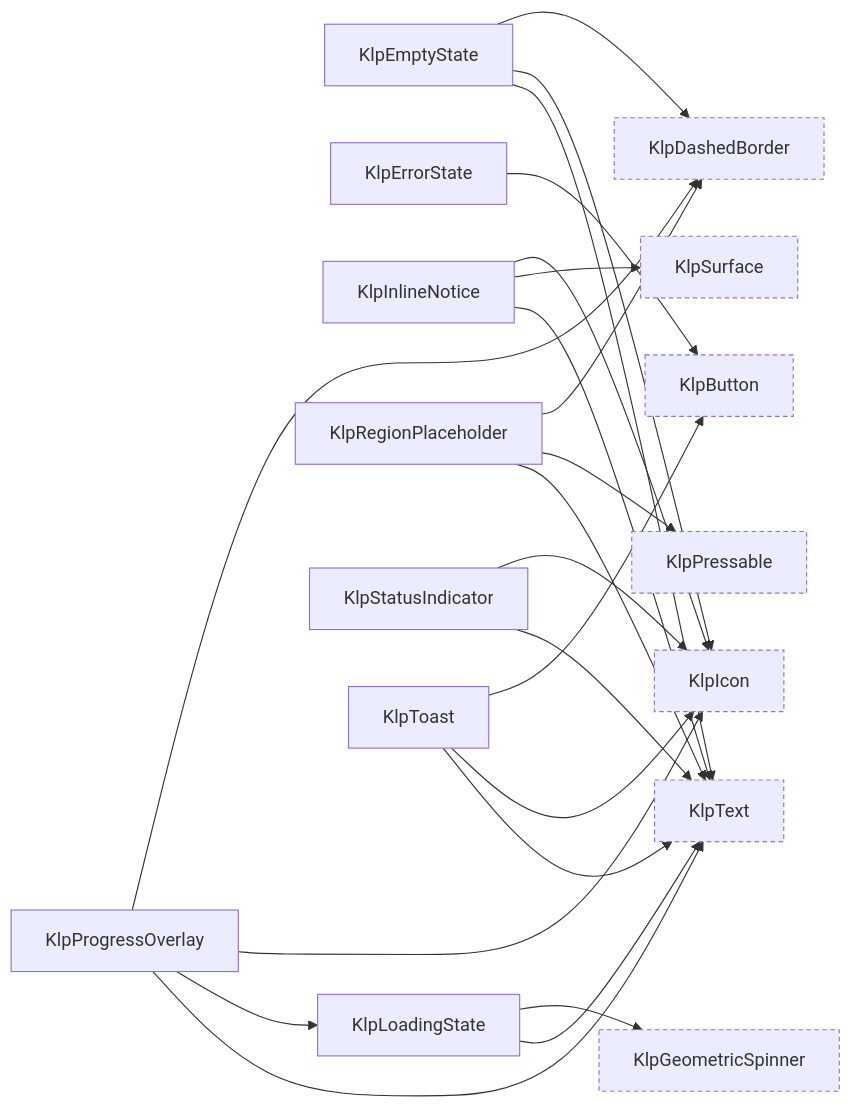
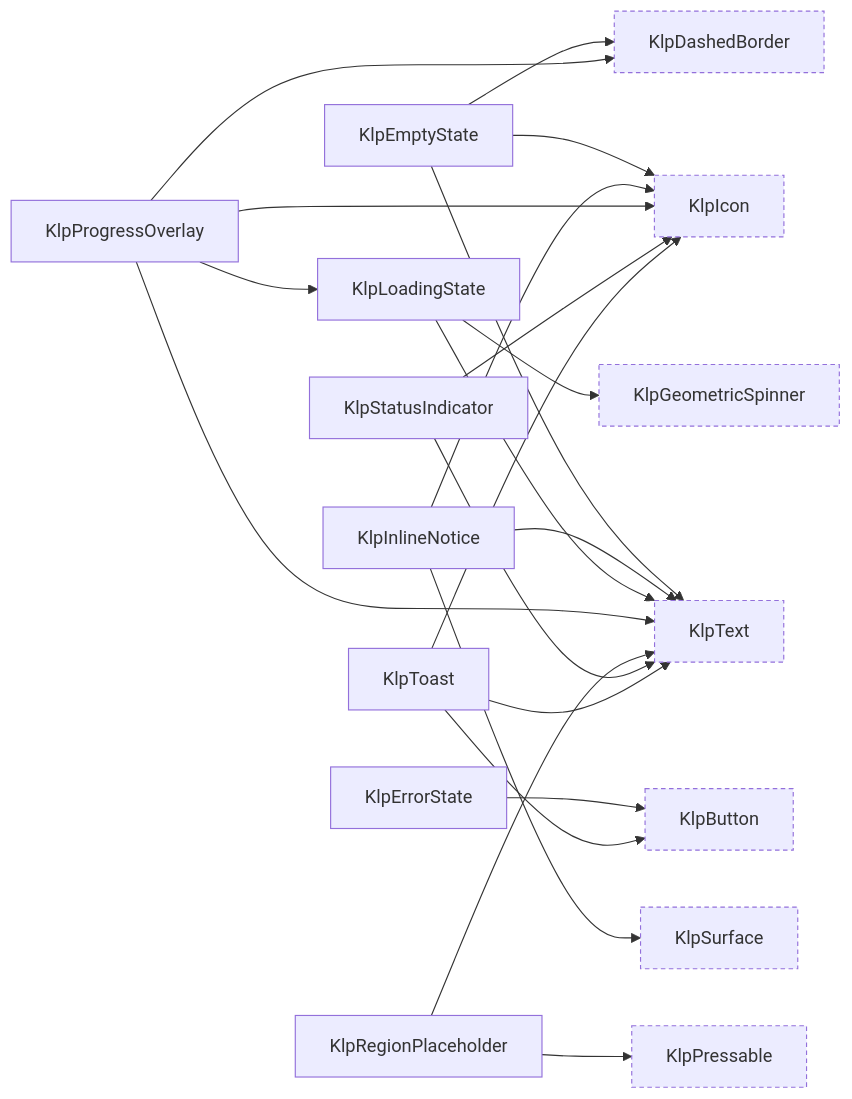
Diagram 11 of 16 in spec/component-inventory.md (MiuDog/Kallopis), drawn with Mermaid before and after one commit. The commit also changed other lines of this file and 112 other files, not shown here.

````diff
--- a/spec/component-inventory.md
+++ b/spec/component-inventory.md
@@ -784,40 +776,39 @@
 ```mermaid
 graph LR
   KlpButton["KlpButton"]:::external
   KlpDashedBorder["KlpDashedBorder"]:::external
   KlpEmptyState["KlpEmptyState"]
   KlpErrorState["KlpErrorState"]
   KlpGeometricSpinner["KlpGeometricSpinner"]:::external
   KlpIcon["KlpIcon"]:::external
   KlpInlineNotice["KlpInlineNotice"]
   KlpLoadingState["KlpLoadingState"]
   KlpPressable["KlpPressable"]:::external
   KlpProgressOverlay["KlpProgressOverlay"]
   KlpRegionPlaceholder["KlpRegionPlaceholder"]
   KlpStatusIndicator["KlpStatusIndicator"]
   KlpSurface["KlpSurface"]:::external
   KlpText["KlpText"]:::external
   KlpToast["KlpToast"]
   KlpEmptyState --> KlpDashedBorder
   KlpEmptyState --> KlpIcon
   KlpEmptyState --> KlpText
   KlpErrorState --> KlpButton
   KlpInlineNotice --> KlpIcon
   KlpInlineNotice --> KlpSurface
   KlpInlineNotice --> KlpText
   KlpLoadingState --> KlpGeometricSpinner
   KlpLoadingState --> KlpText
   KlpProgressOverlay --> KlpDashedBorder
   KlpProgressOverlay --> KlpIcon
   KlpProgressOverlay --> KlpLoadingState
   KlpProgressOverlay --> KlpText
-  KlpRegionPlaceholder --> KlpDashedBorder
   KlpRegionPlaceholder --> KlpPressable
   KlpRegionPlaceholder --> KlpText
   KlpStatusIndicator --> KlpIcon
   KlpStatusIndicator --> KlpText
   KlpToast --> KlpButton
   KlpToast --> KlpIcon
   KlpToast --> KlpText
   classDef external stroke-dasharray: 4 3;
 ```
````
